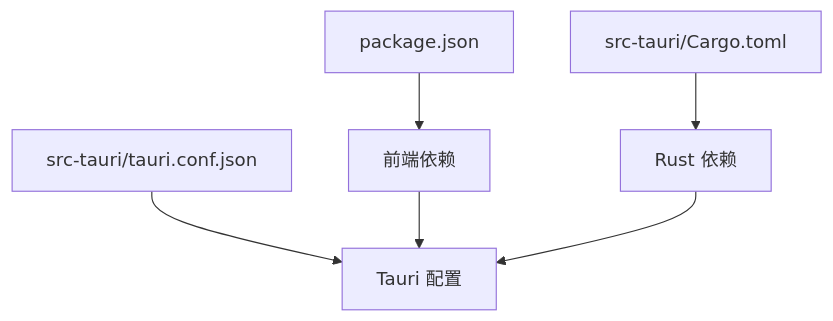
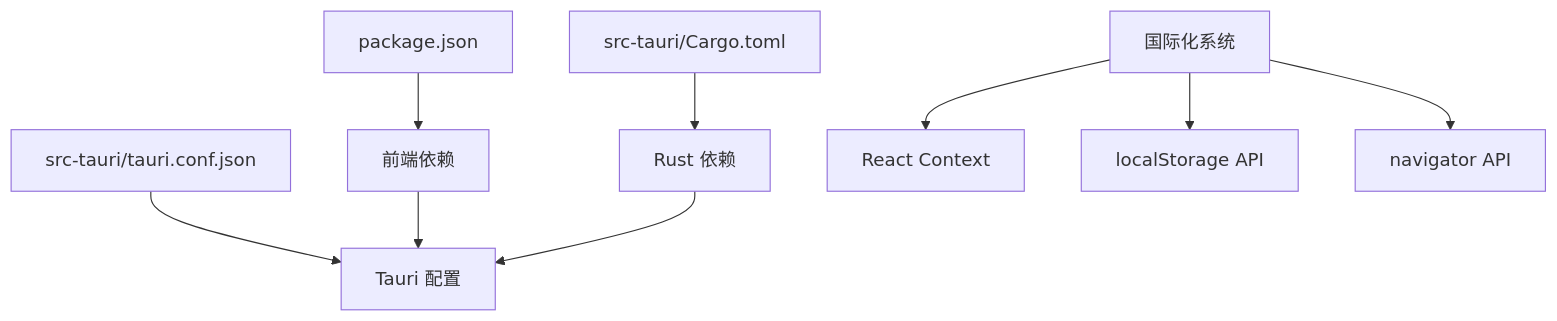
Diagram 13 of 13 in doc/repowiki/zh/content/架构设计/架构设计.md (YLee9527/Medex), drawn with Mermaid before and after one commit. The commit also changed other lines of this file and 31 other files, not shown here.

First line of the commit message:
docs(doc): 添加部署脚本、锁屏功能、发布指南及设置按钮图标文档

````diff
--- a/doc/repowiki/zh/content/架构设计/架构设计.md
+++ b/doc/repowiki/zh/content/架构设计/架构设计.md
@@ -370,8 +527,11 @@
 ```mermaid
 graph TB
 P["package.json"] --> FE["前端依赖"]
 CT["src-tauri/Cargo.toml"] --> BE["Rust 依赖"]
 TC["src-tauri/tauri.conf.json"] --> TauriCfg["Tauri 配置"]
 FE --> TauriCfg
 BE --> TauriCfg
+I18n["国际化系统"] --> React["React Context"]
+I18n --> Storage["localStorage API"]
+I18n --> Navigator["navigator API"]
 ```
````
